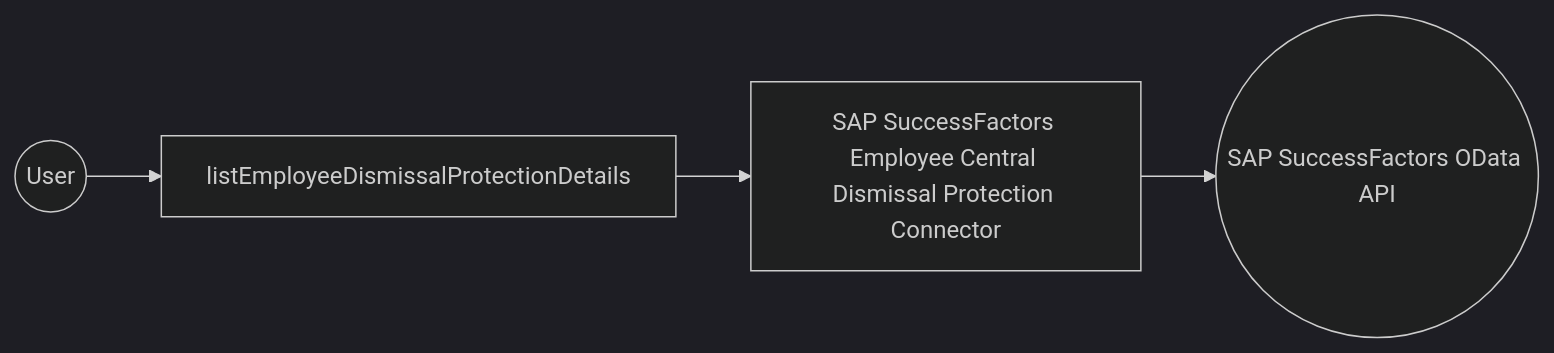
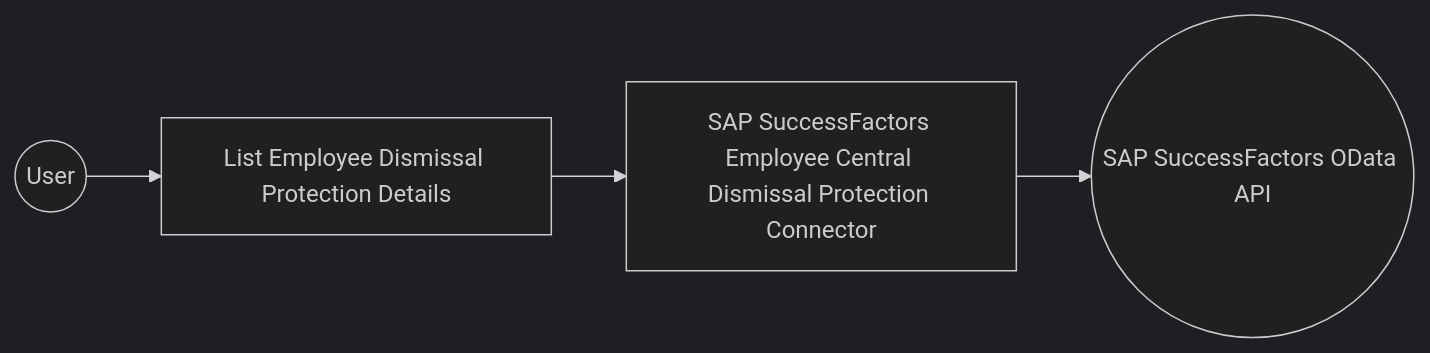
The diagram in en/docs/connectors/catalog/hrms/sap.successfactors.ecdismissalprotection/example.md (wso2/docs-integrator), drawn with Mermaid (dark theme) before and after one commit. The commit also changed other lines of this file and 6 other files, not shown here.

````diff
--- a/en/docs/connectors/catalog/hrms/sap.successfactors.ecdismissalprotection/example.md
+++ b/en/docs/connectors/catalog/hrms/sap.successfactors.ecdismissalprotection/example.md
@@ -12,6 +12,6 @@
 ```mermaid
 flowchart LR
-    A((User)) --> B[listEmployeeDismissalProtectionDetails]
+    A((User)) --> B[List Employee Dismissal Protection Details]
     B --> C[SAP SuccessFactors Employee Central Dismissal Protection Connector]
     C --> D((SAP SuccessFactors OData API))
 ```
````
